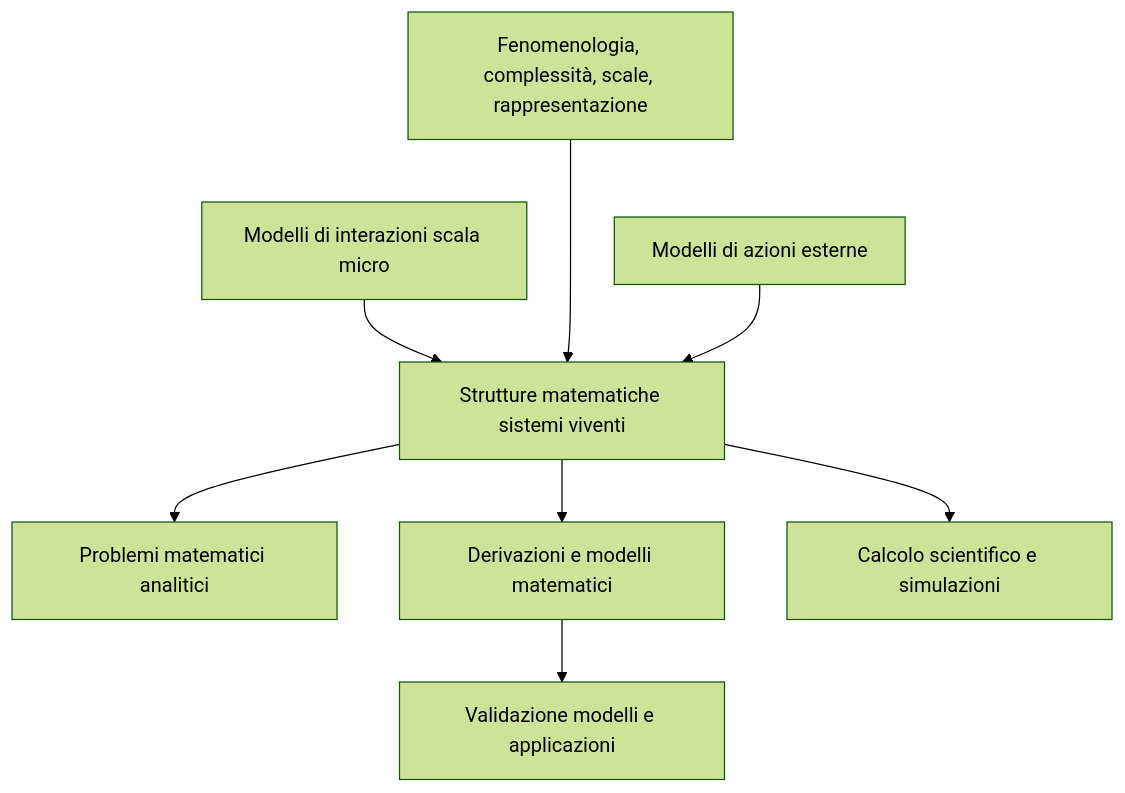
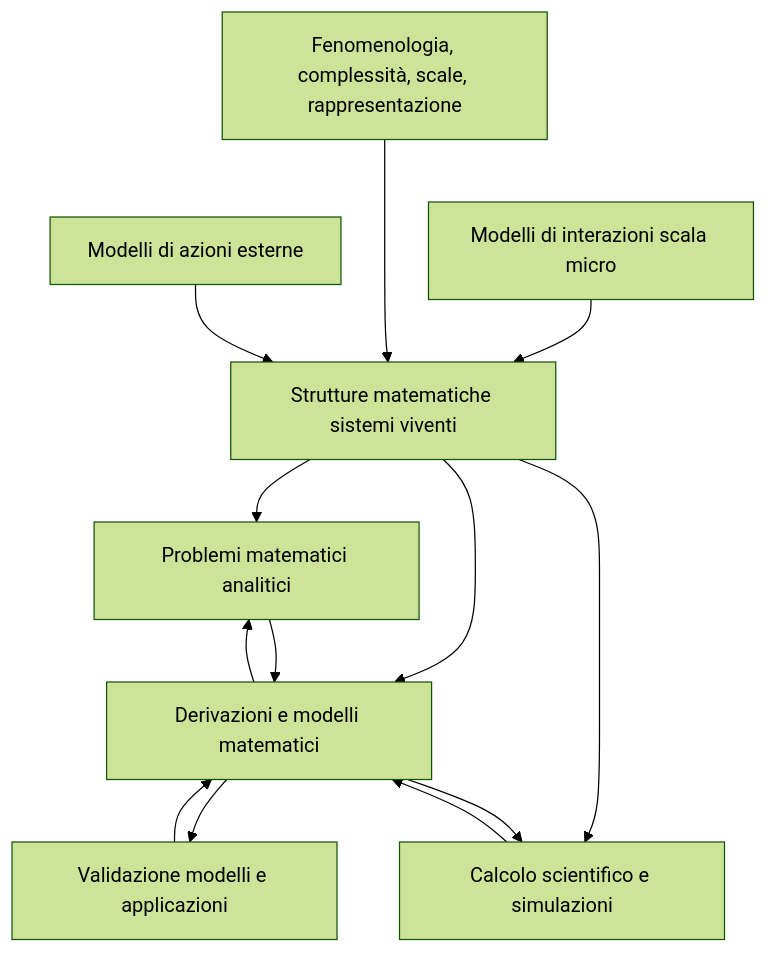
One commit to modelinglife/doc changed the diagram in modelli-matematici-per-la-pandemia/matematica-e-sistemi-viventi-quale-strategia.md. Above: the diagram before and after it, drawn with Mermaid (forest theme).

Commit message:
GitBook: [#28] No subject

````diff
--- a/modelli-matematici-per-la-pandemia/matematica-e-sistemi-viventi-quale-strategia.md
+++ b/modelli-matematici-per-la-pandemia/matematica-e-sistemi-viventi-quale-strategia.md
@@ -44,12 +44,18 @@
 ```mermaid
 graph TD
     G[Modelli di interazioni scala micro] --> B
     A[Fenomenologia, complessità, scale, rappresentazione] ---> B[Strutture matematiche sistemi viventi]
     B --> C[Problemi matematici analitici]
     B --> E[Derivazioni e modelli matematici]
     B --> F[Calcolo scientifico e simulazioni]
     D[Modelli di azioni esterne] --> B
     E --> H[Validazione modelli e applicazioni]
+    H --> E
+    F --> E
+    E --> F
+    E --> C
+    C --> E
+   
 
   
 ```
````
